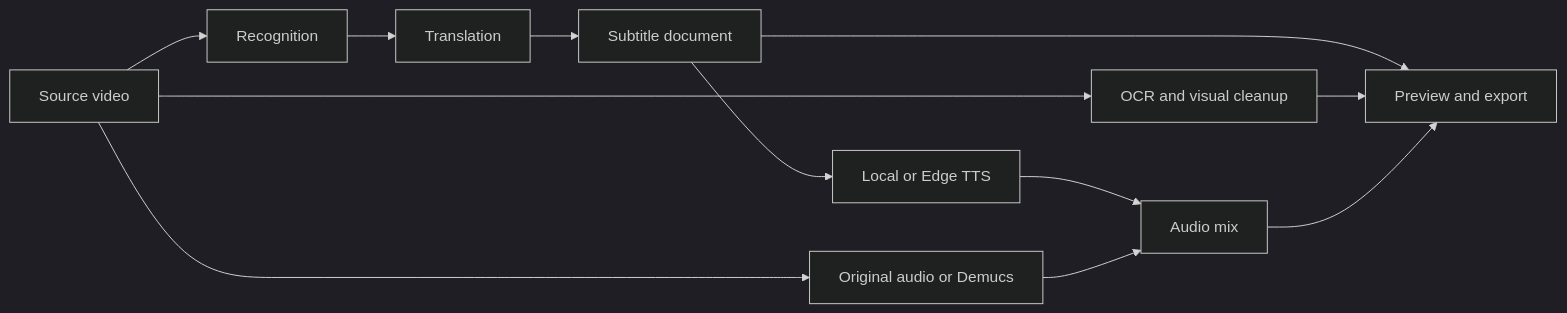
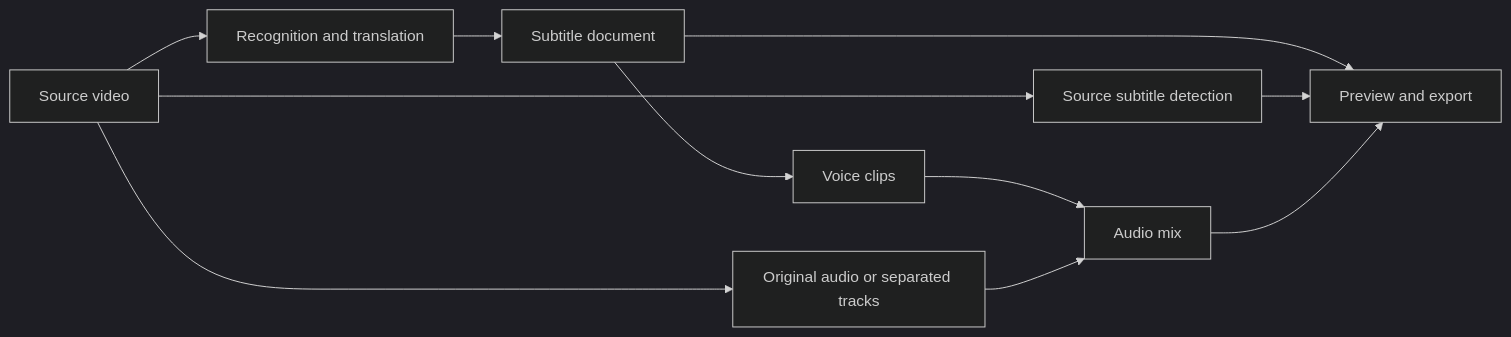
Before and after one commit to MachHongHai/HaizFlow: the diagram in README.md, drawn with Mermaid (dark theme). The commit also changed other lines of this file and 106 other files, not shown here.

````diff
--- a/README.md
+++ b/README.md
@@ -53,14 +96,13 @@
 ```mermaid
 flowchart LR
-    A[Source video] --> B[Recognition]
-    B --> C[Translation]
-    C --> D[Subtitle document]
-    D --> E[Local or Edge TTS]
-    A --> F[OCR and visual cleanup]
-    A --> G[Original audio or Demucs]
-    E --> H[Audio mix]
-    G --> H
-    D --> I[Preview and export]
-    F --> I
-    H --> I
+    A[Source video] --> B[Recognition and translation]
+    B --> C[Subtitle document]
+    C --> D[Voice clips]
+    A --> E[Source subtitle detection]
+    A --> F[Original audio or separated tracks]
+    C --> G[Preview and export]
+    D --> H[Audio mix]
+    F --> H
+    E --> G
+    H --> G
 ```
````
